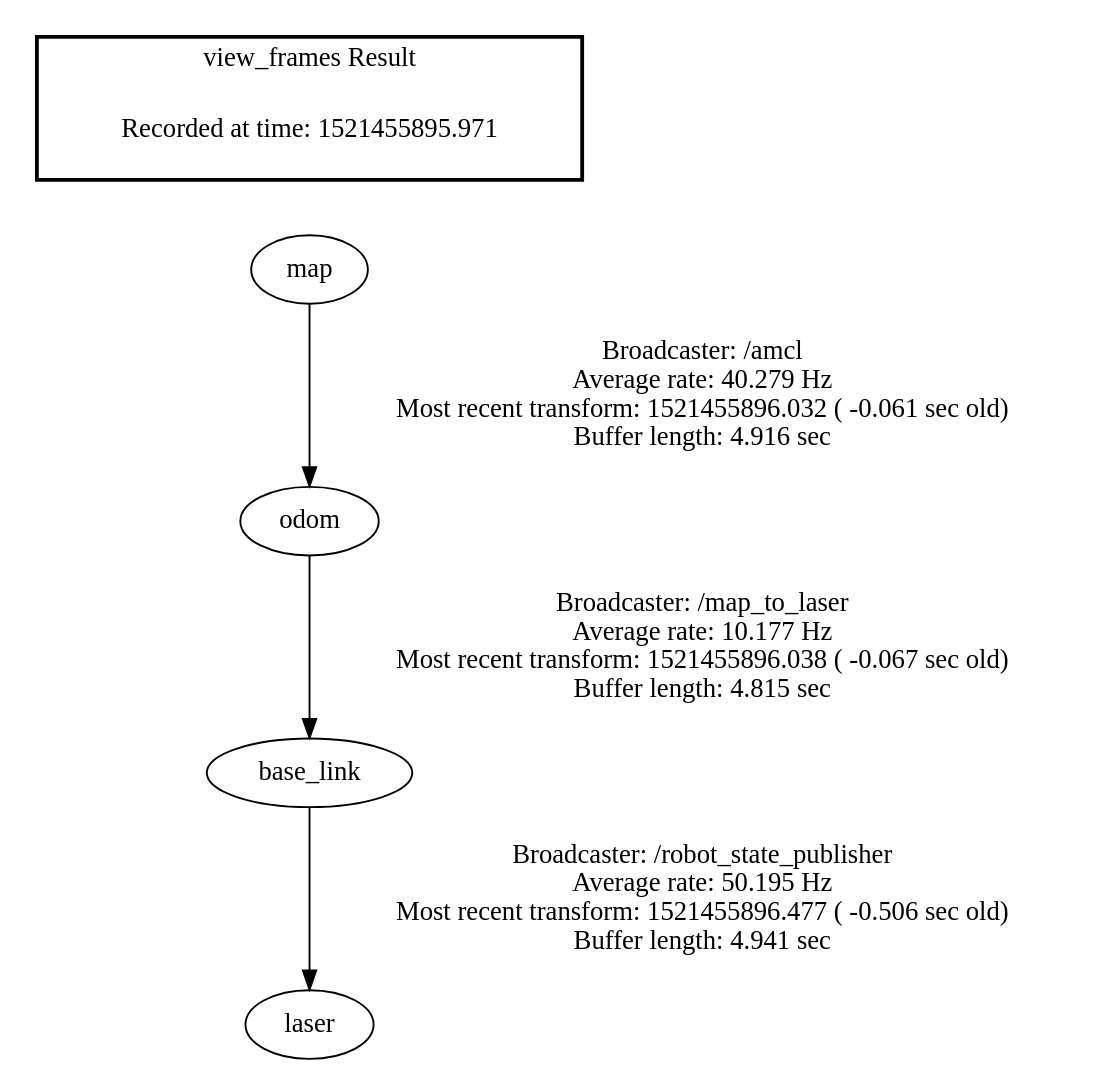
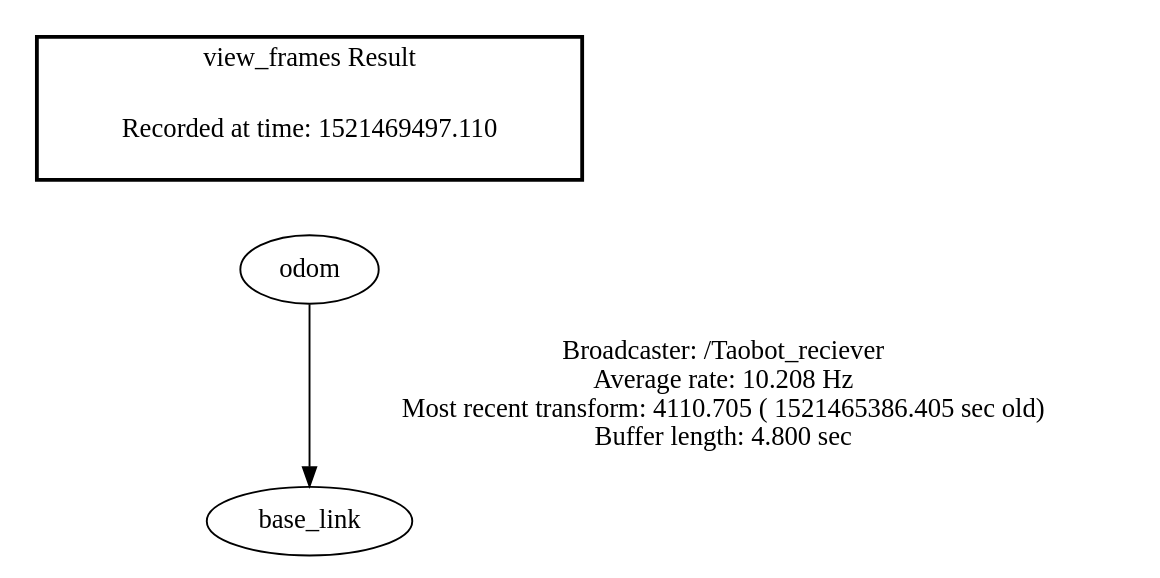
Before and after one commit to lingfei93/agv: the diagram in src/taobot_link/launch/frames.gv, drawn with Graphviz. The commit also changed 3 other files, not shown here.

```diff
--- a/src/taobot_link/launch/frames.gv
+++ b/src/taobot_link/launch/frames.gv
@@ -1,9 +1,7 @@
 digraph G {
-"base_link" -> "laser"[label="Broadcaster: /robot_state_publisher\nAverage rate: 50.195 Hz\nMost recent transform: 1521455896.477 ( -0.506 sec old)\nBuffer length: 4.941 sec\n"];
-"odom" -> "base_link"[label="Broadcaster: /map_to_laser\nAverage rate: 10.177 Hz\nMost recent transform: 1521455896.038 ( -0.067 sec old)\nBuffer length: 4.815 sec\n"];
-"map" -> "odom"[label="Broadcaster: /amcl\nAverage rate: 40.279 Hz\nMost recent transform: 1521455896.032 ( -0.061 sec old)\nBuffer length: 4.916 sec\n"];
+"odom" -> "base_link"[label="Broadcaster: /Taobot_reciever\nAverage rate: 10.208 Hz\nMost recent transform: 4110.705 ( 1521465386.405 sec old)\nBuffer length: 4.800 sec\n"];
 edge [style=invis];
  subgraph cluster_legend { style=bold; color=black; label ="view_frames Result";
-"Recorded at time: 1521455895.971"[ shape=plaintext ] ;
- }->"map";
+"Recorded at time: 1521469497.110"[ shape=plaintext ] ;
+ }->"odom";
 }
```
